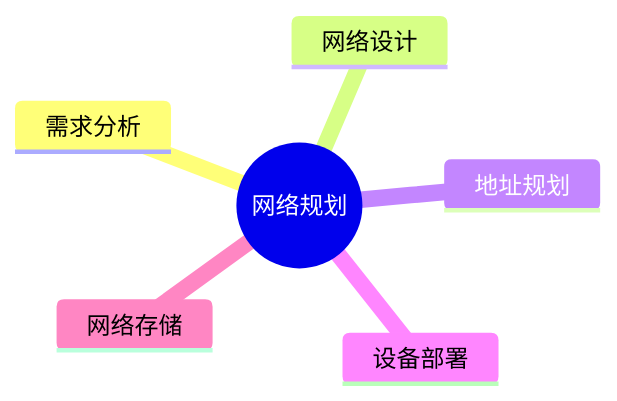
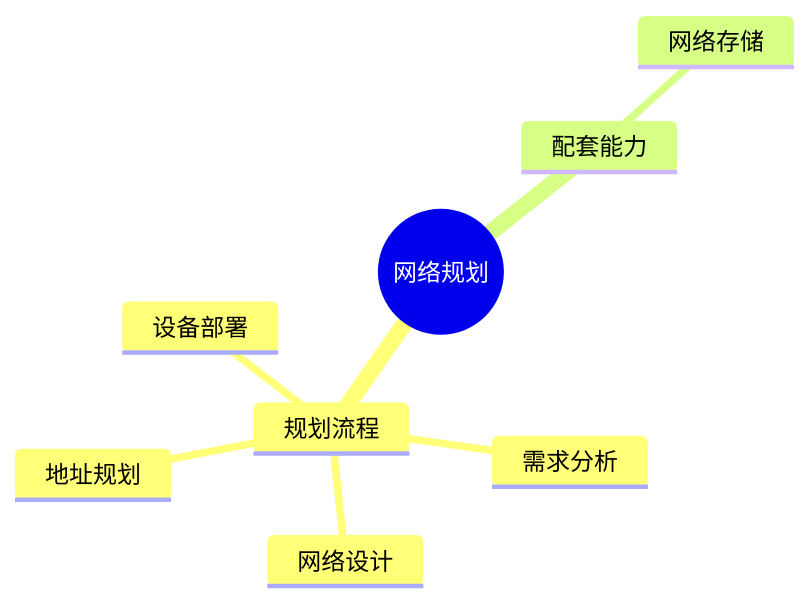
The first of 2 diagrams in docs/ruankao/system-architect/chapters/chapter-05/12-network-planning.md (skylonely/sgao-website), drawn with Mermaid before and after one commit. The commit also changed other lines of this file and 39 other files, not shown here.

Commit message:
fix: Mermaid 思维导图

````diff
--- a/docs/ruankao/system-architect/chapters/chapter-05/12-network-planning.md
+++ b/docs/ruankao/system-architect/chapters/chapter-05/12-network-planning.md
@@ -33,9 +33,11 @@
 ```mermaid
 mindmap
   root((网络规划))
-    需求分析
-    网络设计
-    地址规划
-    设备部署
-    网络存储
+    规划流程
+      需求分析
+      网络设计
+      地址规划
+      设备部署
+    配套能力
+      网络存储
 ```
````
